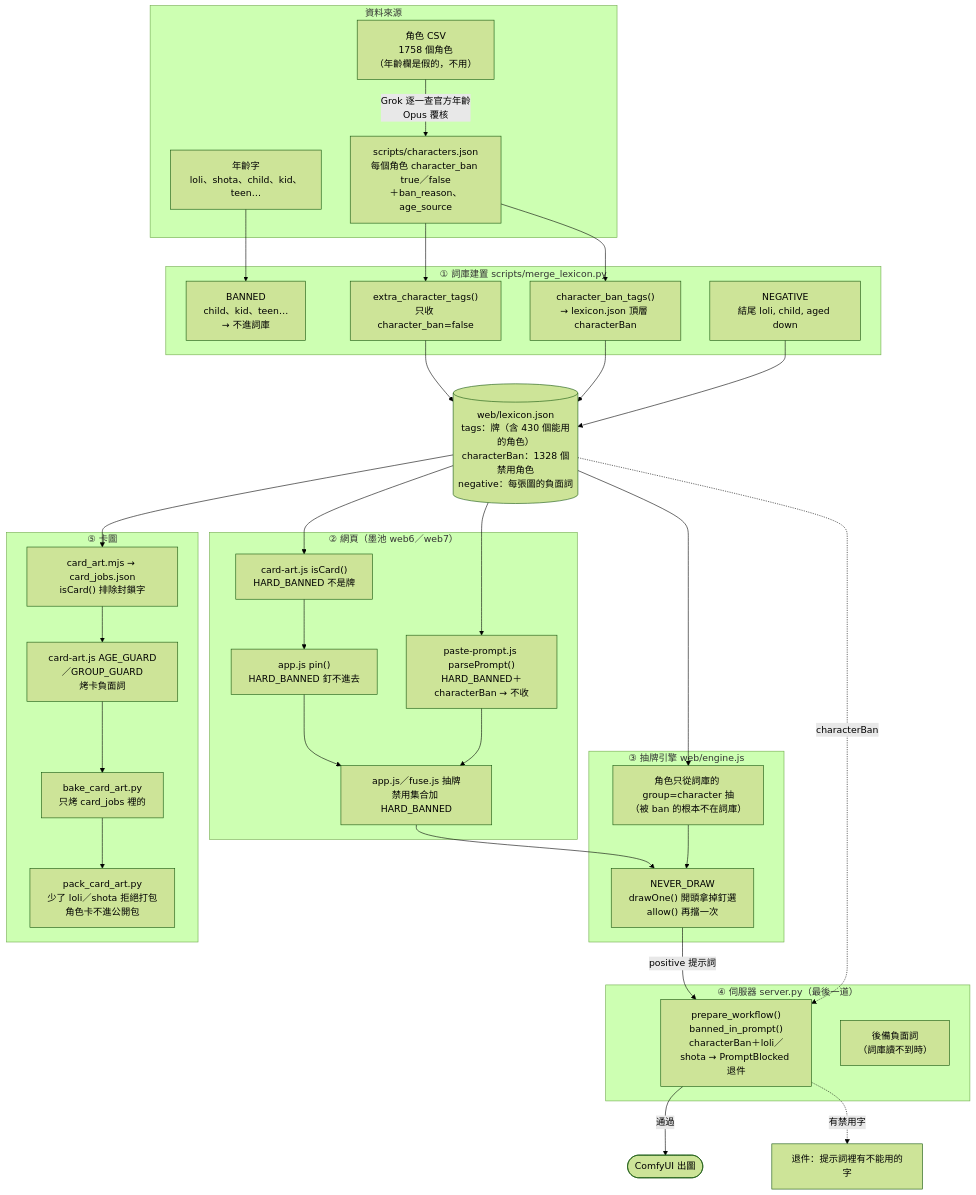
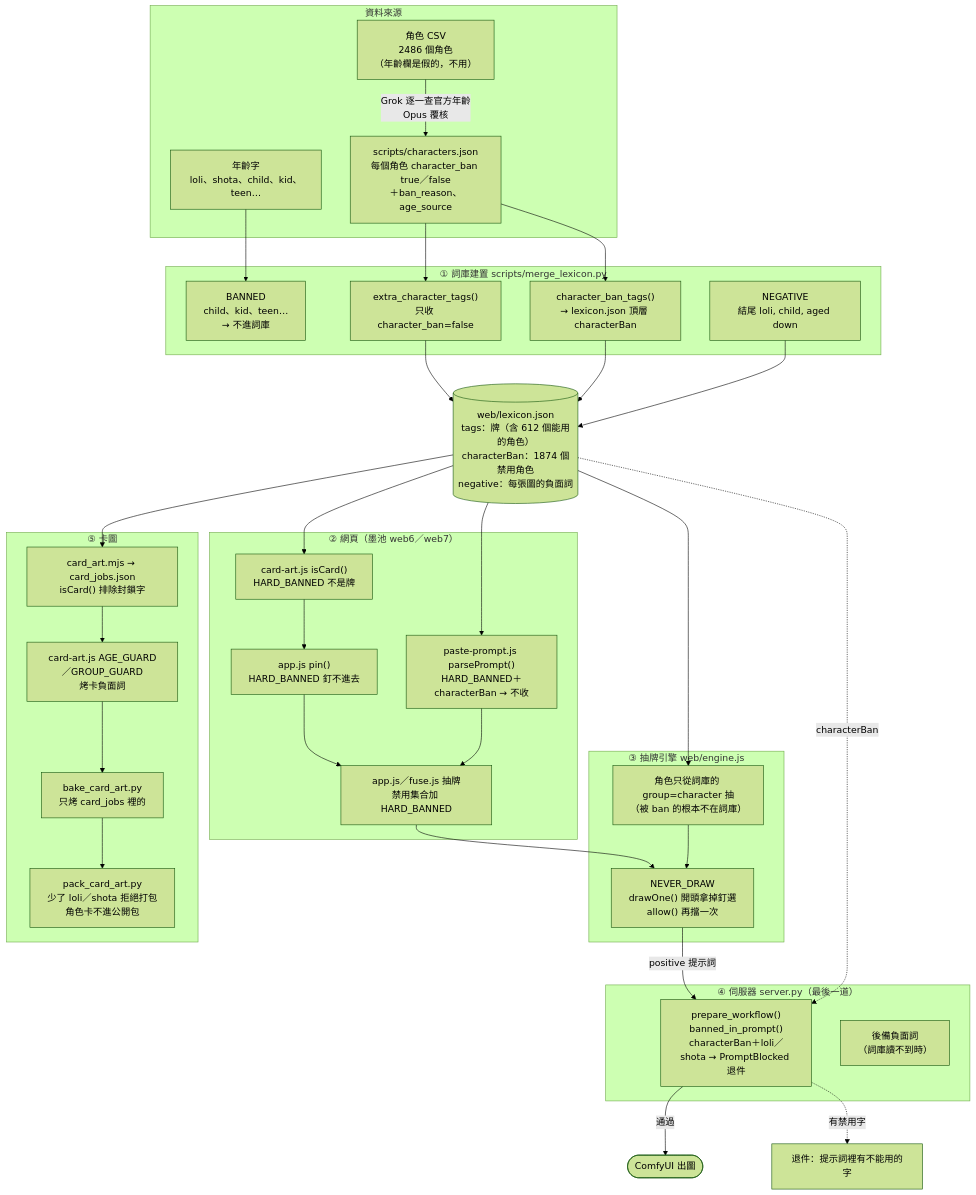
Before and after one commit to bosen12/danbooru_tag_random: the first of 2 diagrams in 未成年規範.md, drawn with Mermaid (forest theme). The commit also changed other lines of this file and 7 other files, not shown here.

````diff
--- a/未成年規範.md
+++ b/未成年規範.md
@@ -16,58 +16,58 @@
 ```mermaid
 flowchart TB
   subgraph SRC["資料來源"]
-    CSV["角色 CSV<br/>1758 個角色<br/>（年齡欄是假的，不用）"]
+    CSV["角色 CSV<br/>2486 個角色<br/>（年齡欄是假的，不用）"]
     CJ["scripts/characters.json<br/>每個角色 character_ban true／false<br/>＋ban_reason、age_source"]
     WORDS["年齡字<br/>loli、shota、child、kid、teen…"]
   end
 
   subgraph BUILD["① 詞庫建置 scripts/merge_lexicon.py"]
     BANNED["BANNED<br/>child、kid、teen…<br/>→ 不進詞庫"]
     ECT["extra_character_tags()<br/>只收 character_ban=false"]
     CBT["character_ban_tags()<br/>→ lexicon.json 頂層 characterBan"]
     NEG["NEGATIVE<br/>結尾 loli, child, aged down"]
   end
 
-  LEX[("web/lexicon.json<br/>tags：牌（含 430 個能用的角色）<br/>characterBan：1328 個禁用角色<br/>negative：每張圖的負面詞")]
+  LEX[("web/lexicon.json<br/>tags：牌（含 612 個能用的角色）<br/>characterBan：1874 個禁用角色<br/>negative：每張圖的負面詞")]
 
   subgraph CLIENT["② 網頁（墨池 web6／web7）"]
     ISCARD["card-art.js isCard()<br/>HARD_BANNED 不是牌"]
     PIN["app.js pin()<br/>HARD_BANNED 釘不進去"]
     PASTE["paste-prompt.js parsePrompt()<br/>HARD_BANNED＋characterBan → 不收"]
     DRAWBANS["app.js／fuse.js 抽牌<br/>禁用集合加 HARD_BANNED"]
   end
 
   subgraph ENGINE["③ 抽牌引擎 web/engine.js"]
     NEVER["NEVER_DRAW<br/>drawOne() 開頭拿掉釘選<br/>allow() 再擋一次"]
     CHARPOOL["角色只從詞庫的 group=character 抽<br/>（被 ban 的根本不在詞庫）"]
   end
 
   subgraph SERVER["④ 伺服器 server.py（最後一道）"]
     GUARD["prepare_workflow()<br/>banned_in_prompt()<br/>characterBan＋loli／shota → PromptBlocked 退件"]
     SNEG["後備負面詞<br/>（詞庫讀不到時）"]
   end
 
   COMFY(["ComfyUI 出圖"])
 
   subgraph ART["⑤ 卡圖"]
     JOBS["card_art.mjs → card_jobs.json<br/>isCard() 排除封鎖字"]
     AGEG["card-art.js AGE_GUARD／GROUP_GUARD<br/>烤卡負面詞"]
     BAKE["bake_card_art.py<br/>只烤 card_jobs 裡的"]
     PACK["pack_card_art.py<br/>少了 loli／shota 拒絕打包<br/>角色卡不進公開包"]
   end
 
   CSV -->|Grok 逐一查官方年齡<br/>Opus 覆核| CJ
   CJ --> ECT --> LEX
   CJ --> CBT --> LEX
   WORDS --> BANNED
   NEG --> LEX
   LEX --> ISCARD & PASTE & CHARPOOL
   ISCARD --> PIN --> DRAWBANS --> NEVER
   CHARPOOL --> NEVER
   PASTE --> DRAWBANS
   NEVER -->|"positive 提示詞"| GUARD
   LEX -.->|characterBan| GUARD
   GUARD -->|通過| COMFY
   GUARD -.->|有禁用字| X["退件：提示詞裡有不能用的字"]
   LEX --> JOBS --> AGEG --> BAKE --> PACK
 ```
````
